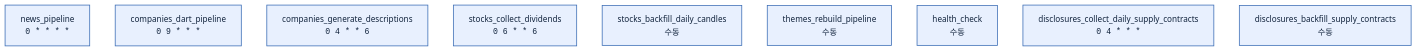
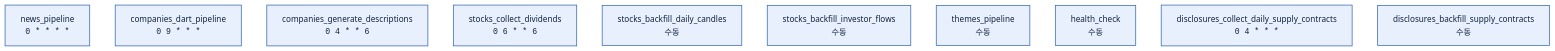
One commit to swmaestro-3back/finngraph-etl changed the diagram in dags/README.md. Above: the diagram before and after it, drawn with Mermaid. The commit also changed other lines of this file and 16 other files, not shown here.

````diff
--- a/dags/README.md
+++ b/dags/README.md
@@ -60,15 +61,16 @@
 ```mermaid
 flowchart TB
     NP["news_pipeline<br/><code>0 * * * *</code>"]
     CDP["companies_dart_pipeline<br/><code>0 9 * * *</code>"]
     CGD["companies_generate_descriptions<br/><code>0 4 * * 6</code>"]
     SCD["stocks_collect_dividends<br/><code>0 6 * * 6</code>"]
     SBD["stocks_backfill_daily_candles<br/>수동"]
-    TR["themes_rebuild_pipeline<br/>수동"]
+    SBI["stocks_backfill_investor_flows<br/>수동"]
+    TR["themes_pipeline<br/>수동"]
     HC["health_check<br/>수동"]
     DCD["disclosures_collect_daily_supply_contracts<br/><code>0 4 * * *</code>"]
     DBF["disclosures_backfill_supply_contracts<br/>수동"]
 
     classDef cron fill:#e8f0fe,stroke:#3b6db5,stroke-width:1.5px,color:#12243d
-    class NP,CDP,CGD,SCD,SBD,TR,HC,DCD,DBF cron
+    class NP,CDP,CGD,SCD,SBD,SBI,TR,HC,DCD,DBF cron
 ```
````
